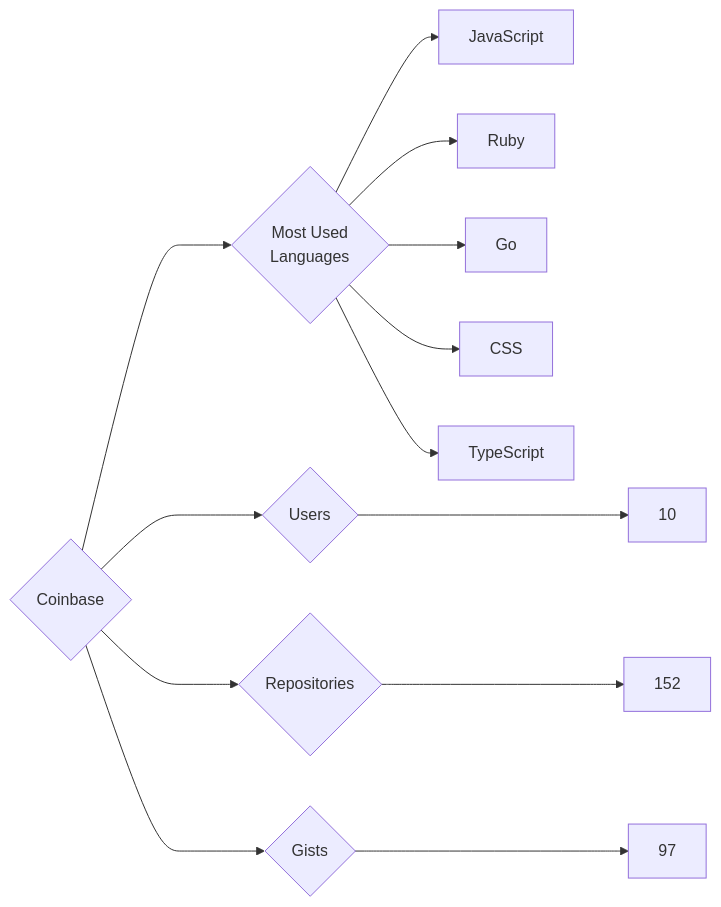
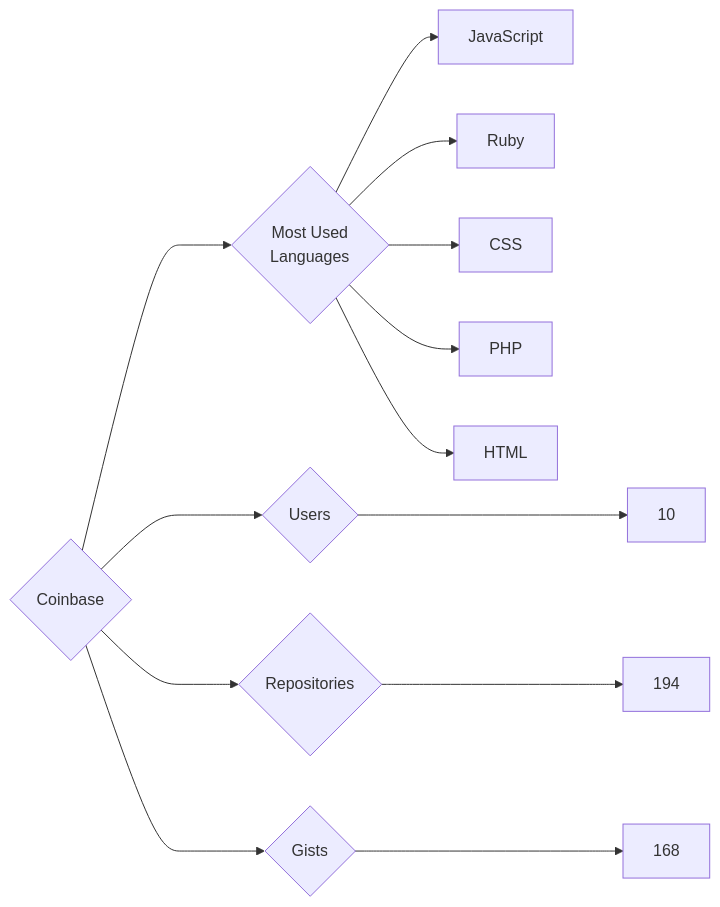
Before and after one commit to trickest/insiders: the diagram in targets/Coinbase/README.md, drawn with Mermaid. The commit also changed 1020 other files, not shown here.

````diff
--- a/targets/Coinbase/README.md
+++ b/targets/Coinbase/README.md
@@ -3,13 +3,13 @@
 ```mermaid
 graph LR
 COMPANY_NAME{Coinbase}
 COMPANY_NAME ---> U{Users} ---> UN[10]
-COMPANY_NAME ---> R{Repositories} ---> RN[152]
-COMPANY_NAME ---> G{Gists} ---> GN[97]
+COMPANY_NAME ---> R{Repositories} ---> RN[194]
+COMPANY_NAME ---> G{Gists} ---> GN[168]
 COMPANY_NAME ---> ML{Most Used<br>Languages}
 ML --> JavaScript[JavaScript]
 ML --> Ruby[Ruby]
-ML --> Go[Go]
 ML --> CSS[CSS]
-ML --> TypeScript[TypeScript]
+ML --> PHP[PHP]
+ML --> HTML[HTML]
 ```
````
